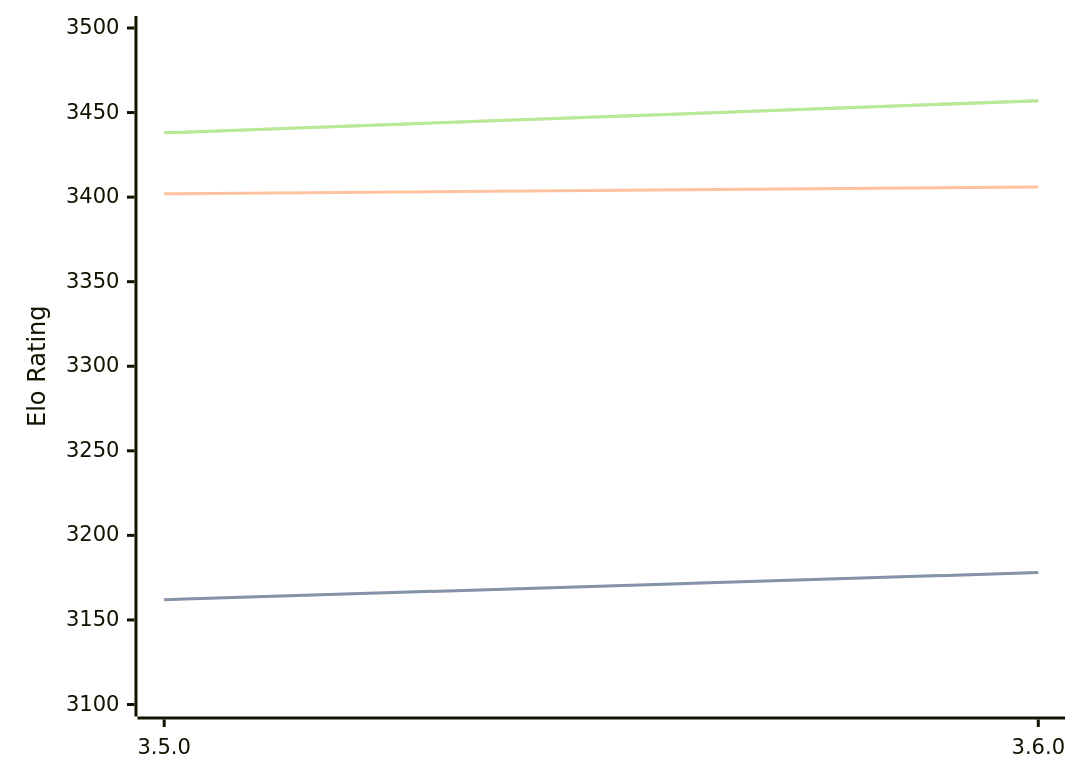
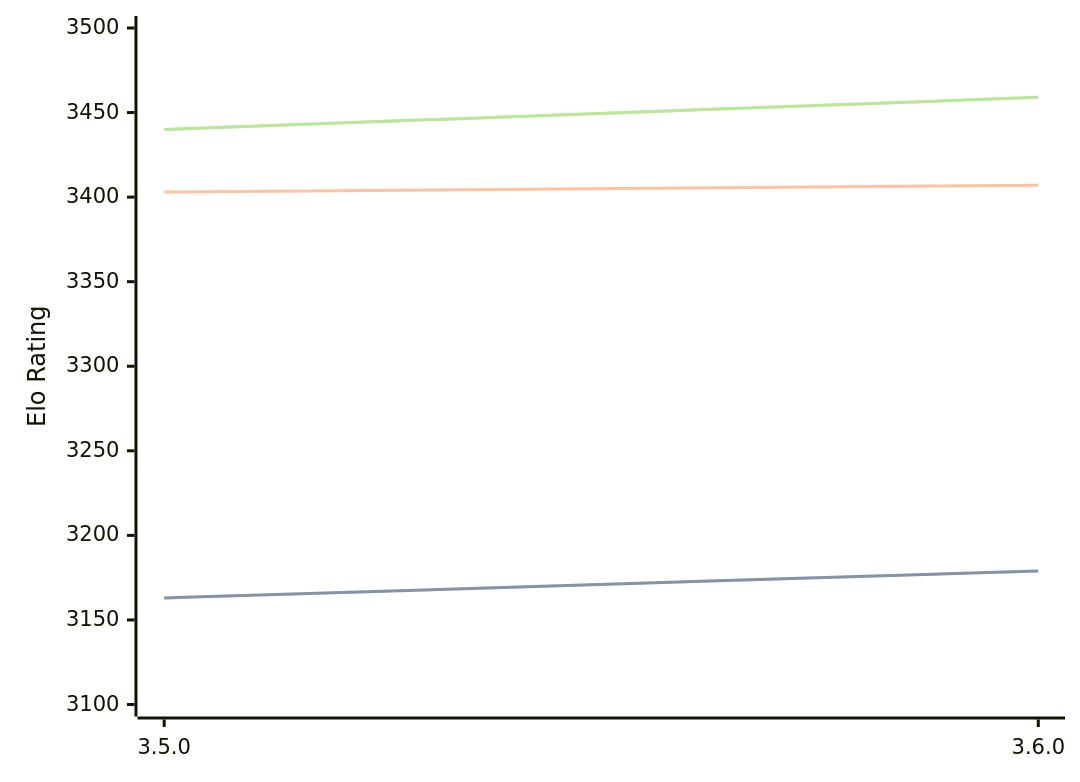
The diagram in engines/Igel.md (computer-chess-index/cci), drawn with Mermaid before and after one commit. The commit also changed other lines of this file, not shown here.

Commit message:
Update CCI Ratings (ELO VLTC) - 2026-08-26

````diff
--- a/engines/Igel.md
+++ b/engines/Igel.md
@@ -32,11 +32,11 @@
 ```mermaid
 %%{init: {"theme":"base","themeVariables":{"seriesColors:['#a3a3a3','#222221','#faa371']}}}%%
 xychart-beta
   x-axis ["3.5.0", "3.6.0"]
   y-axis "Elo Rating" 3100 --> 3500
-  line "STC (8.0+0.08s)" [3162, 3178]
-  line "STC (8.0+0.08s)" [3162, 3178]
-  line "LTC (60.0+0.60s)" [3402, 3406]
-  line "VLTC (2m24s+1.12s)" [3438, 3457]
-  line "VLTC (2m24s+1.12s)" [3438, 3457]
+  line "STC (8.0+0.08s)" [3163, 3179]
+  line "STC (8.0+0.08s)" [3163, 3179]
+  line "LTC (60.0+0.60s)" [3403, 3407]
+  line "VLTC (2m24s+1.12s)" [3440, 3459]
+  line "VLTC (2m24s+1.12s)" [3440, 3459]
 ```
````
